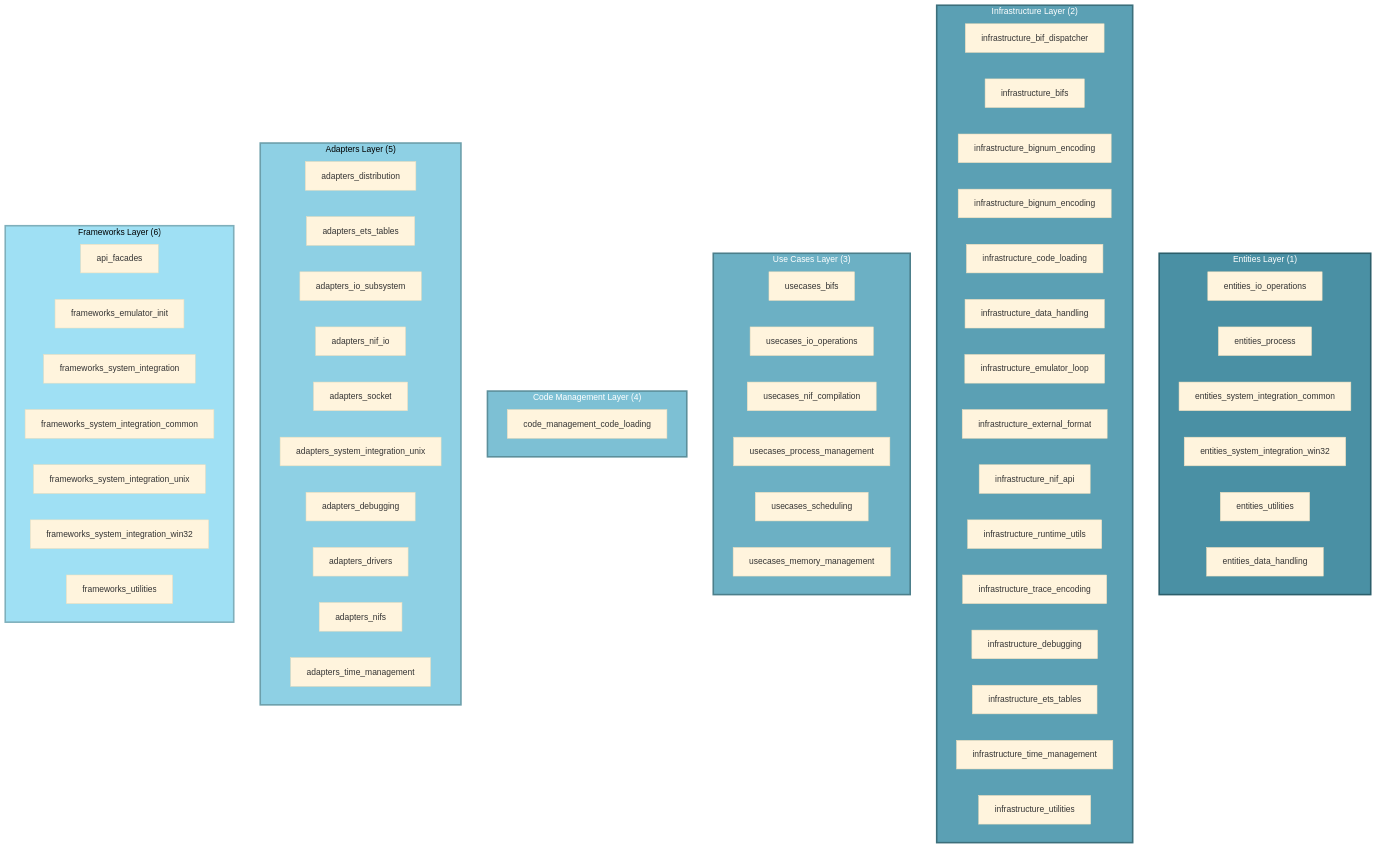
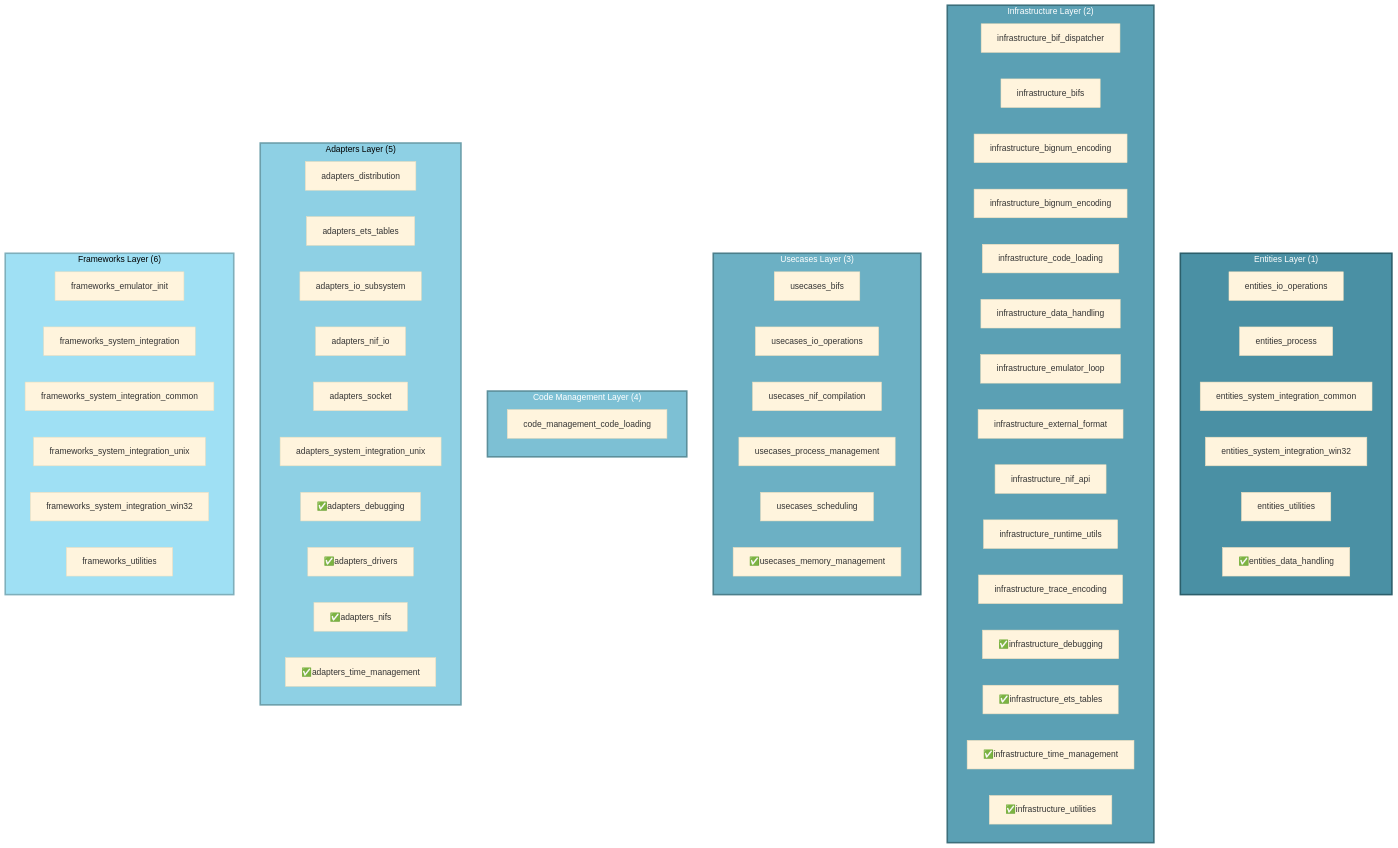
Before and after one commit to yenrab/iron-beam: the diagram in rust-conversion/solid-clear-design/layers-groups.mmd, drawn with Mermaid (base theme). The commit also changed 13 other files, not shown here.

Commit message:
first checkin of compression and process scheduling

```diff
--- a/rust-conversion/solid-clear-design/layers-groups.mmd
+++ b/rust-conversion/solid-clear-design/layers-groups.mmd
@@ -1,69 +1,68 @@
 graph TD
     subgraph entities["Entities Layer (1)"]
-        ex_BehaviorGroup_5["entities_io_operations"]
-        ex_BehaviorGroup_36["entities_process"]
-        ex_BehaviorGroup_2["entities_system_integration_common"]
-        ex_BehaviorGroup_3["entities_system_integration_win32"]
-        ex_BehaviorGroup_4["entities_utilities"]
-        ex_BehaviorGroup_1["entities_data_handling"]
+        BehaviorGroup_5["entities_io_operations"]
+        BehaviorGroup_36["entities_process"]
+        BehaviorGroup_2["entities_system_integration_common"]
+        BehaviorGroup_3["entities_system_integration_win32"]
+        BehaviorGroup_4["entities_utilities"]
+        BehaviorGroup_1["✅entities_data_handling"]
     end
     style entities fill:#4A90A4,stroke:#2C5F6B,stroke-width:3px,color:#FFFFFF
 
     subgraph infrastructure["Infrastructure Layer (2)"]
-        ex_BehaviorGroup_infrastructure_bif_dispatcher["infrastructure_bif_dispatcher"]
-        ex_BehaviorGroup_28["infrastructure_bifs"]
-        ex_BehaviorGroup_31["infrastructure_bignum_encoding"]
-        ex_BehaviorGroup_32["infrastructure_bignum_encoding"]
-        ex_BehaviorGroup_29["infrastructure_code_loading"]
-        ex_BehaviorGroup_30["infrastructure_data_handling"]
-        ex_BehaviorGroup_infrastructure_emulator_loop["infrastructure_emulator_loop"]
-        ex_BehaviorGroup_infrastructure_external_format["infrastructure_external_format"]
-        ex_BehaviorGroup_35["infrastructure_nif_api"]
-        ex_BehaviorGroup_infrastructure_runtime_utils["infrastructure_runtime_utils"]
-        ex_BehaviorGroup_33["infrastructure_trace_encoding"]
-        ex_BehaviorGroup_25["infrastructure_debugging"]
-        ex_BehaviorGroup_26["infrastructure_ets_tables"]
-        ex_BehaviorGroup_27["infrastructure_time_management"]
-        ex_BehaviorGroup_24["infrastructure_utilities"]
+        BehaviorGroup_infrastructure_bif_dispatcher["infrastructure_bif_dispatcher"]
+        BehaviorGroup_28["infrastructure_bifs"]
+        BehaviorGroup_31["infrastructure_bignum_encoding"]
+        BehaviorGroup_32["infrastructure_bignum_encoding"]
+        BehaviorGroup_29["infrastructure_code_loading"]
+        BehaviorGroup_30["infrastructure_data_handling"]
+        BehaviorGroup_infrastructure_emulator_loop["infrastructure_emulator_loop"]
+        BehaviorGroup_infrastructure_external_format["infrastructure_external_format"]
+        BehaviorGroup_35["infrastructure_nif_api"]
+        BehaviorGroup_infrastructure_runtime_utils["infrastructure_runtime_utils"]
+        BehaviorGroup_33["infrastructure_trace_encoding"]
+        BehaviorGroup_25["✅infrastructure_debugging"]
+        BehaviorGroup_26["✅infrastructure_ets_tables"]
+        BehaviorGroup_27["✅infrastructure_time_management"]
+        BehaviorGroup_24["✅infrastructure_utilities"]
     end
     style infrastructure fill:#5BA0B4,stroke:#3C6F7B,stroke-width:3px,color:#FFFFFF
 
-    subgraph usecases["Use Cases Layer (3)"]
-        ex_BehaviorGroup_9["usecases_bifs"]
-        ex_BehaviorGroup_8["usecases_io_operations"]
-        ex_BehaviorGroup_usecases_nif_compilation["usecases_nif_compilation"]
-        ex_BehaviorGroup_7["usecases_process_management"]
-        ex_BehaviorGroup_usecases_scheduling["usecases_scheduling"]
-        ex_BehaviorGroup_6["usecases_memory_management"]
+    subgraph usecases["Usecases Layer (3)"]
+        BehaviorGroup_9["usecases_bifs"]
+        BehaviorGroup_8["usecases_io_operations"]
+        BehaviorGroup_usecases_nif_compilation["usecases_nif_compilation"]
+        BehaviorGroup_7["usecases_process_management"]
+        BehaviorGroup_usecases_scheduling["usecases_scheduling"]
+        BehaviorGroup_6["✅usecases_memory_management"]
     end
     style usecases fill:#6CB0C4,stroke:#4C7F8B,stroke-width:3px,color:#FFFFFF
 
-    subgraph code_management["Code Management Layer (4)"]
-        ex_BehaviorGroup_34["code_management_code_loading"]
+    subgraph codemanagement["Code Management Layer (4)"]
+        BehaviorGroup_34["code_management_code_loading"]
     end
-    style code_management fill:#7DC0D4,stroke:#5C8F9B,stroke-width:3px,color:#FFFFFF
+    style codemanagement fill:#7DC0D4,stroke:#5C8F9B,stroke-width:3px,color:#FFFFFF
 
     subgraph adapters["Adapters Layer (5)"]
-        ex_BehaviorGroup_18["adapters_distribution"]
-        ex_BehaviorGroup_12["adapters_ets_tables"]
-        ex_BehaviorGroup_adapters_io_subsystem["adapters_io_subsystem"]
-        ex_BehaviorGroup_17["adapters_nif_io"]
-        ex_BehaviorGroup_37["adapters_socket"]
-        ex_BehaviorGroup_16["adapters_system_integration_unix"]
-        ex_BehaviorGroup_13["adapters_debugging"]
-        ex_BehaviorGroup_14["adapters_drivers"]
-        ex_BehaviorGroup_10["adapters_nifs"]
-        ex_BehaviorGroup_15["adapters_time_management"]
+        BehaviorGroup_18["adapters_distribution"]
+        BehaviorGroup_12["adapters_ets_tables"]
+        BehaviorGroup_adapters_io_subsystem["adapters_io_subsystem"]
+        BehaviorGroup_17["adapters_nif_io"]
+        BehaviorGroup_37["adapters_socket"]
+        BehaviorGroup_16["adapters_system_integration_unix"]
+        BehaviorGroup_13["✅adapters_debugging"]
+        BehaviorGroup_14["✅adapters_drivers"]
+        BehaviorGroup_10["✅adapters_nifs"]
+        BehaviorGroup_15["✅adapters_time_management"]
     end
     style adapters fill:#8ED0E4,stroke:#6C9FAB,stroke-width:3px,color:#000000
 
     subgraph frameworks["Frameworks Layer (6)"]
-        ex_BehaviorGroup_38["api_facades"]
-        ex_BehaviorGroup_frameworks_emulator_init["frameworks_emulator_init"]
-        ex_BehaviorGroup_23["frameworks_system_integration"]
-        ex_BehaviorGroup_22["frameworks_system_integration_common"]
-        ex_BehaviorGroup_21["frameworks_system_integration_unix"]
-        ex_BehaviorGroup_20["frameworks_system_integration_win32"]
-        ex_BehaviorGroup_19["frameworks_utilities"]
+        BehaviorGroup_frameworks_emulator_init["frameworks_emulator_init"]
+        BehaviorGroup_23["frameworks_system_integration"]
+        BehaviorGroup_22["frameworks_system_integration_common"]
+        BehaviorGroup_21["frameworks_system_integration_unix"]
+        BehaviorGroup_20["frameworks_system_integration_win32"]
+        BehaviorGroup_19["frameworks_utilities"]
     end
     style frameworks fill:#9FE0F4,stroke:#7FAFBB,stroke-width:3px,color:#000000
```
